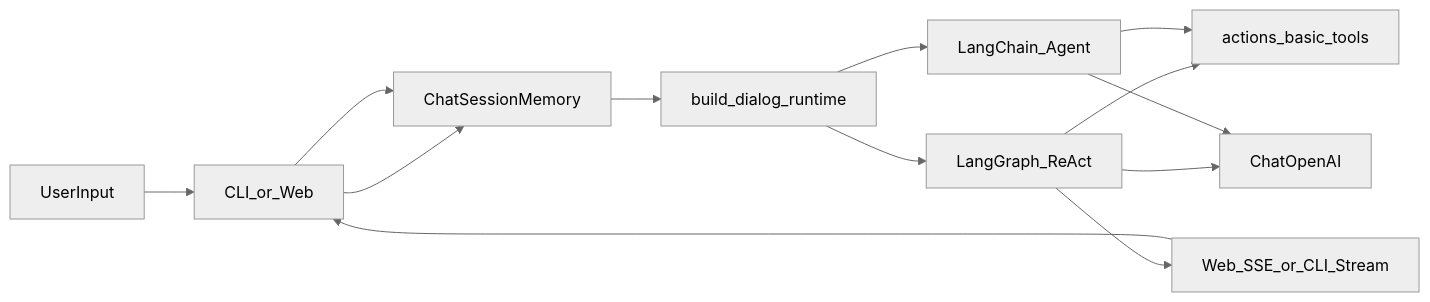
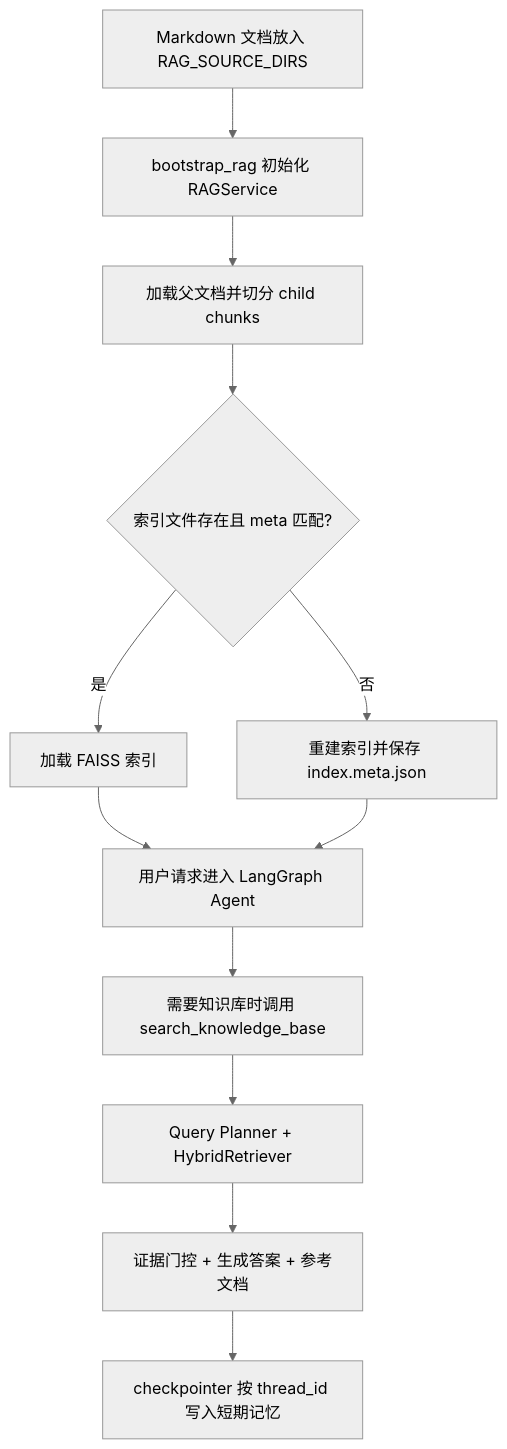
The diagram in README.md (Wangx-spec/imchat), drawn with Mermaid (neutral theme) before and after one commit. The commit also changed other lines of this file, not shown here.

````diff
--- a/README.md
+++ b/README.md
@@ -23,15 +25,14 @@
 ```mermaid
-flowchart LR
-userInput[UserInput] --> entry[CLI_or_Web]
-entry --> memory[ChatSessionMemory]
-memory --> runtime[build_dialog_runtime]
-runtime --> lg[LangGraph_ReAct]
-runtime --> lc[LangChain_Agent]
-lg --> tools[actions_basic_tools]
-lc --> tools
-lg --> model[ChatOpenAI]
-lc --> model
-lg --> sse[Web_SSE_or_CLI_Stream]
-sse --> entry
-entry --> memory
+flowchart TD
+    A[Markdown 文档放入 RAG_SOURCE_DIRS] --> B[bootstrap_rag 初始化 RAGService]
+    B --> C[加载父文档并切分 child chunks]
+    C --> D{索引文件存在且 meta 匹配?}
+    D -- 是 --> E[加载 FAISS 索引]
+    D -- 否 --> F[重建索引并保存 index.meta.json]
+    E --> G[用户请求进入 LangGraph Agent]
+    F --> G
+    G --> H[需要知识库时调用 search_knowledge_base]
+    H --> I[Query Planner + HybridRetriever]
+    I --> J[证据门控 + 生成答案 + 参考文档]
+    J --> K[checkpointer 按 thread_id 写入短期记忆]
 ```
````
